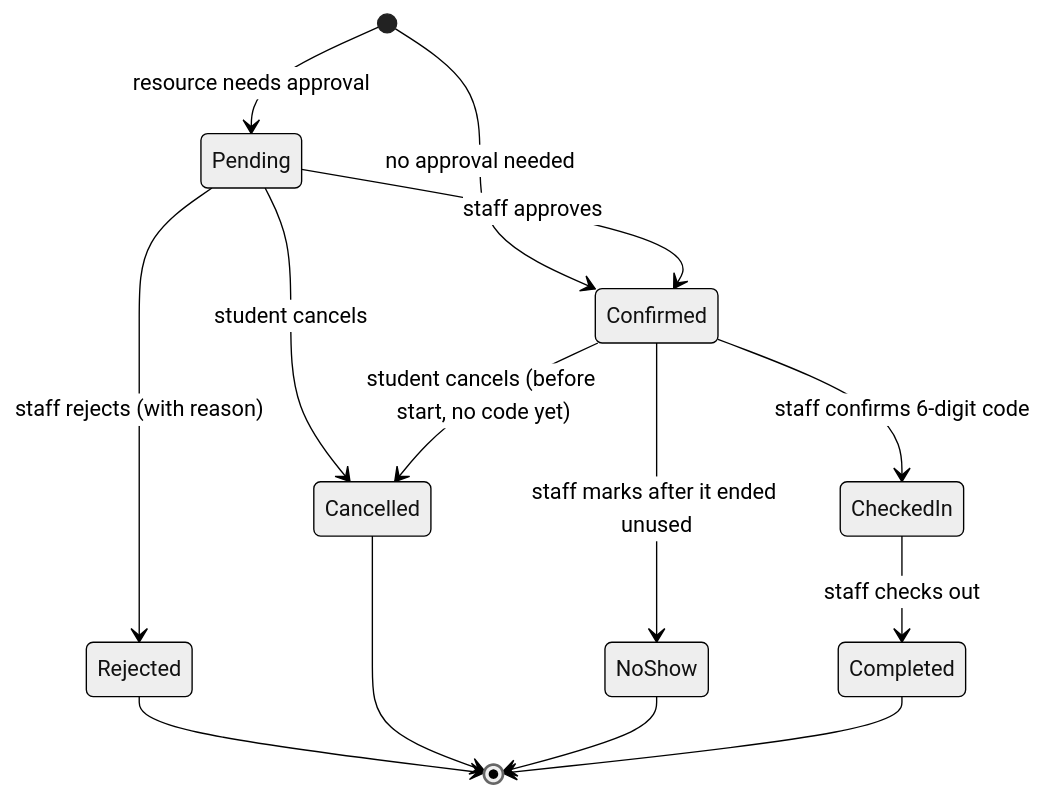
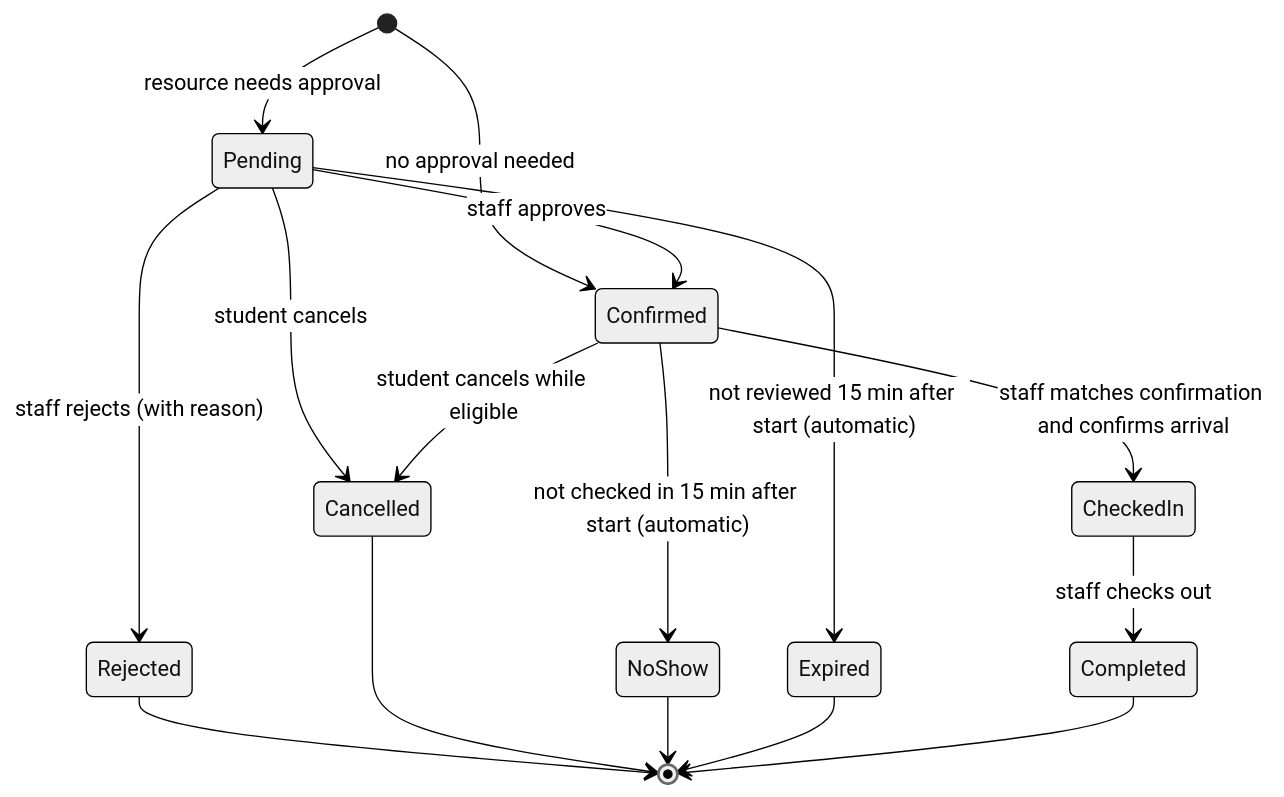
Before and after one commit to Nam-Antoine/campus-resource-booking: the second of 3 diagrams in docs/presentation/1-system-overview.md, drawn with Mermaid (neutral theme). The commit also changed other lines of this file and 83 other files, not shown here.

First line of the commit message:
Replace check-in codes with staff-confirmed booking details (#44)

````diff
--- a/docs/presentation/1-system-overview.md
+++ b/docs/presentation/1-system-overview.md
@@ -71,16 +71,18 @@
 ```mermaid
 stateDiagram-v2
     [*] --> Pending: resource needs approval
     [*] --> Confirmed: no approval needed
     Pending --> Confirmed: staff approves
     Pending --> Rejected: staff rejects (with reason)
     Pending --> Cancelled: student cancels
-    Confirmed --> Cancelled: student cancels (before start, no code yet)
-    Confirmed --> CheckedIn: staff confirms 6-digit code
-    Confirmed --> NoShow: staff marks after it ended unused
+    Pending --> Expired: not reviewed 15 min after start (automatic)
+    Confirmed --> Cancelled: student cancels while eligible
+    Confirmed --> CheckedIn: staff matches confirmation and confirms arrival
+    Confirmed --> NoShow: not checked in 15 min after start (automatic)
     CheckedIn --> Completed: staff checks out
     Rejected --> [*]
     Cancelled --> [*]
     NoShow --> [*]
+    Expired --> [*]
     Completed --> [*]
 ```
````
